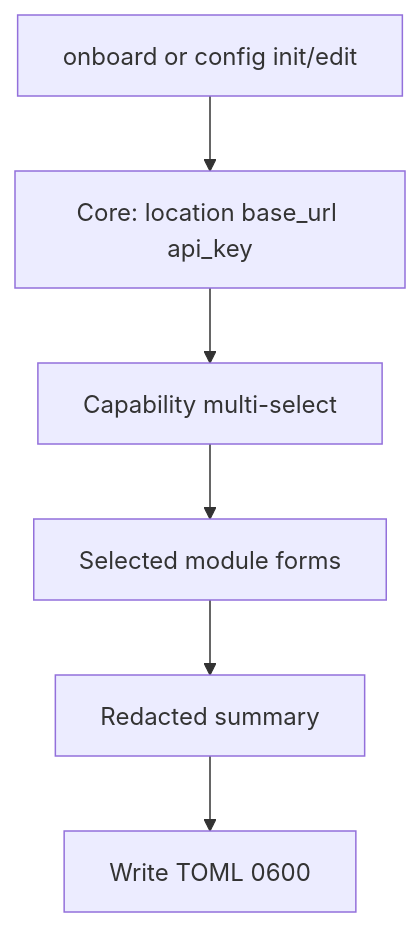
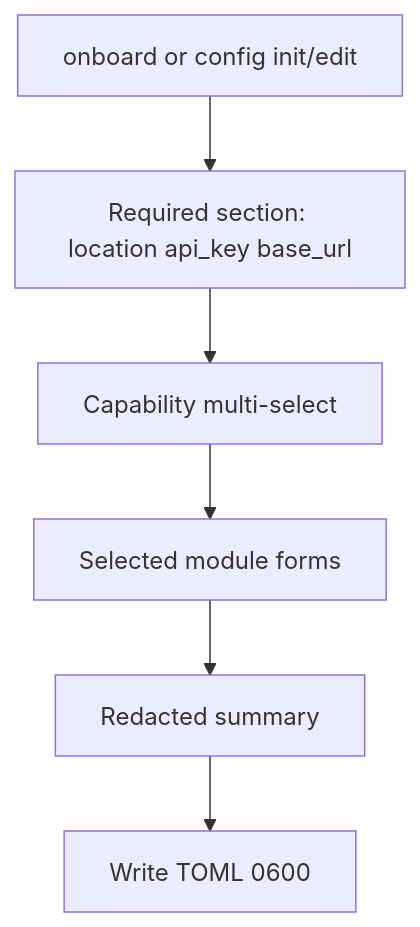
One commit to cisco-ai-defense/ai-defense-cli changed the diagram in docs/specs/006-cli-config/design.md. Above: the diagram before and after it, drawn with Mermaid. The commit also changed other lines of this file and 12 other files, not shown here.

````diff
--- a/docs/specs/006-cli-config/design.md
+++ b/docs/specs/006-cli-config/design.md
@@ -5,11 +5,11 @@
 ```mermaid
 flowchart TD
   entry[onboard or config init/edit]
-  core[Core: location base_url api_key]
+  required[Required section: location api_key base_url]
   hub[Capability multi-select]
   modules[Selected module forms]
   summary[Redacted summary]
   write[Write TOML 0600]
 
-  entry --> core --> hub --> modules --> summary --> write
+  entry --> required --> hub --> modules --> summary --> write
 ```
````
